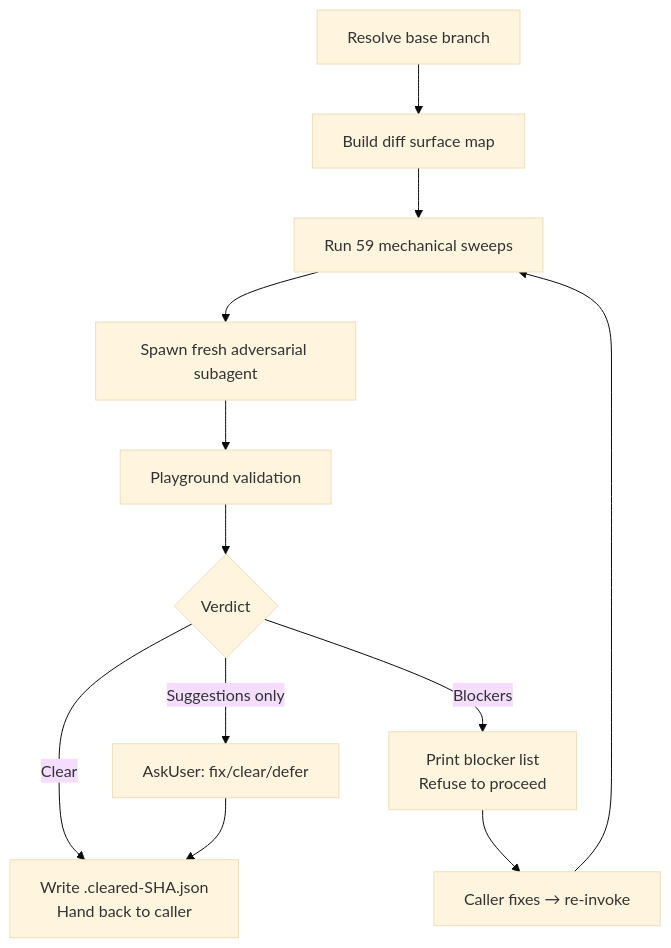
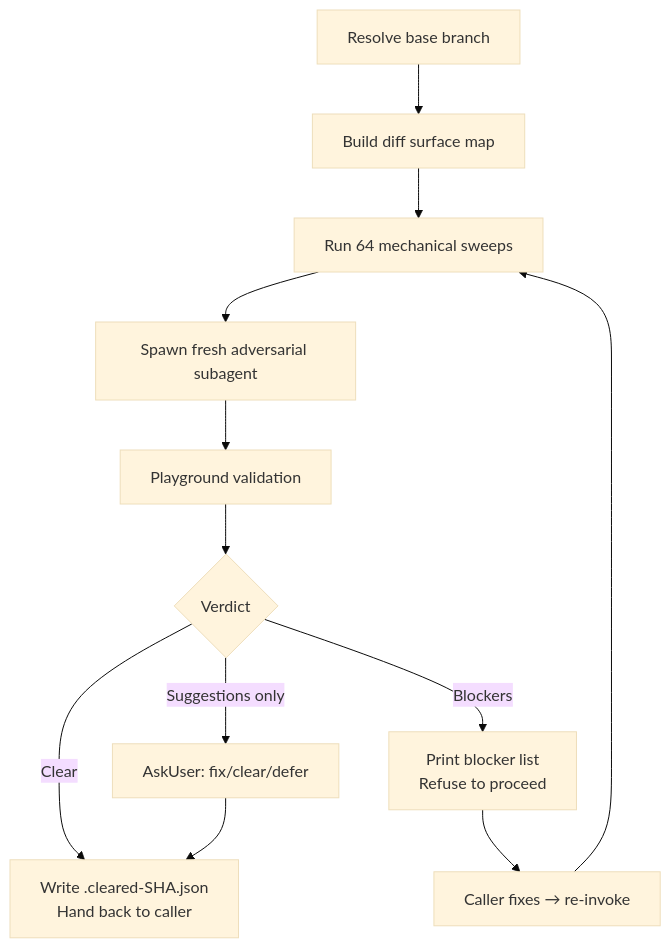
The diagram in skills/adversarial-review/README.md (whizzzkid/skills), drawn with Mermaid (base theme) before and after one commit. The commit also changed other lines of this file and 7 other files, not shown here.

````diff
--- a/skills/adversarial-review/README.md
+++ b/skills/adversarial-review/README.md
@@ -16,14 +16,14 @@
 ```mermaid
 flowchart TD
     A[Resolve base branch] --> B[Build diff surface map]
-    B --> C[Run 59 mechanical sweeps]
+    B --> C[Run 64 mechanical sweeps]
     C --> D[Spawn fresh adversarial subagent]
     D --> E[Playground validation]
     E --> F{Verdict}
     F -->|Clear| G[Write .cleared-SHA.json<br/>Hand back to caller]
     F -->|Blockers| H[Print blocker list<br/>Refuse to proceed]
     F -->|Suggestions only| I[AskUser: fix/clear/defer]
     H --> J[Caller fixes → re-invoke]
     J --> C
     I --> G
 ```
````
